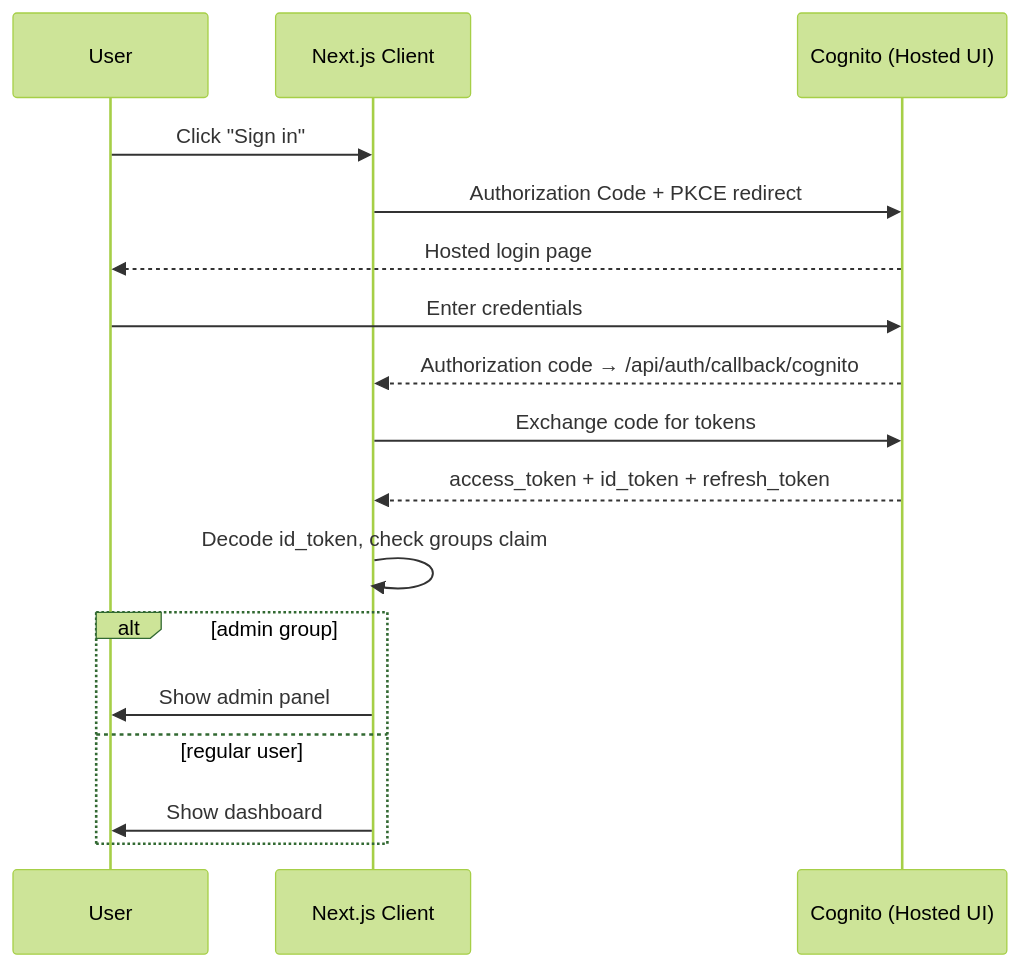
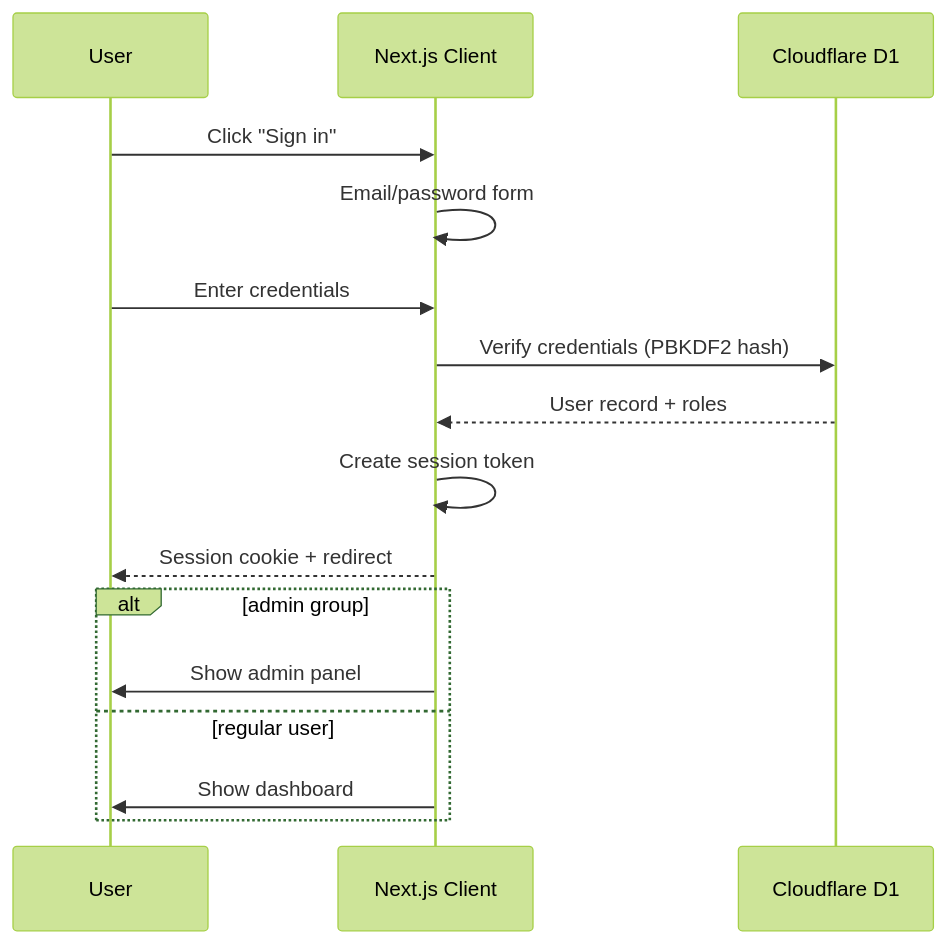
The first of 4 diagrams in README.md (Themis128/cloudless.gr), drawn with Mermaid (forest theme) before and after one commit. The commit also changed other lines of this file and 15 other files, not shown here.

````diff
--- a/README.md
+++ b/README.md
@@ -26,20 +26,19 @@
 ```mermaid
 sequenceDiagram
     participant U as User
     participant App as Next.js Client
-    participant KC as Cognito (Hosted UI)
+    participant D1 as Cloudflare D1
 
     U->>App: Click "Sign in"
-    App->>KC: Authorization Code + PKCE redirect
-    KC-->>U: Hosted login page
-    U->>KC: Enter credentials
-    KC-->>App: Authorization code → /api/auth/callback/cognito
-    App->>KC: Exchange code for tokens
-    KC-->>App: access_token + id_token + refresh_token
-    App->>App: Decode id_token, check groups claim
+    App->>App: Email/password form
+    U->>App: Enter credentials
+    App->>D1: Verify credentials (PBKDF2 hash)
+    D1-->>App: User record + roles
+    App->>App: Create session token
+    App-->>U: Session cookie + redirect
     alt admin group
         App->>U: Show admin panel
     else regular user
         App->>U: Show dashboard
     end
 ```
````
